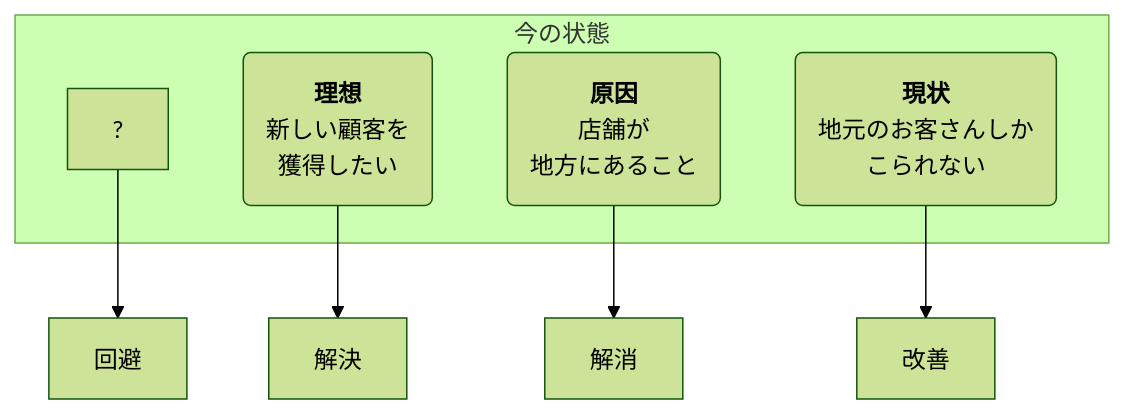
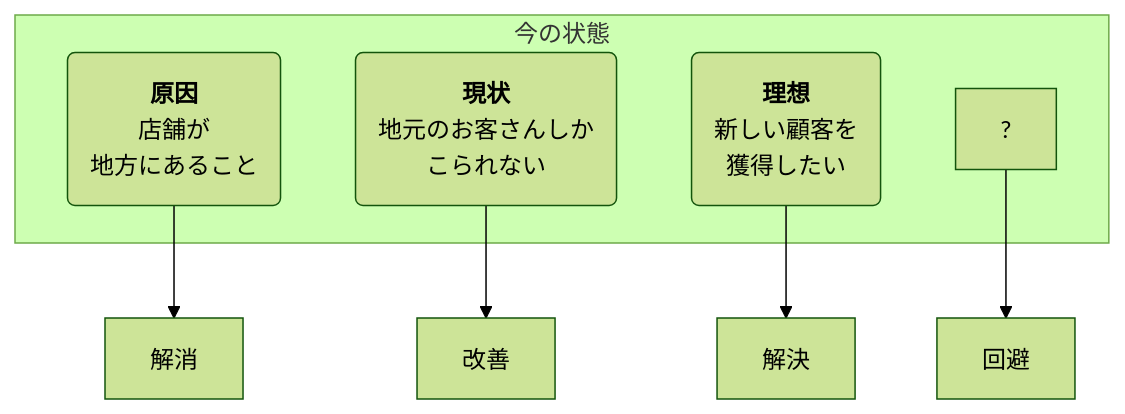
Before and after one commit to JunSasaki0077/obsidian: the third of 4 diagrams in 読書/発想の回路.md, drawn with Mermaid (forest theme). The commit also changed other lines of this file, not shown here.

````diff
--- a/読書/発想の回路.md
+++ b/読書/発想の回路.md
@@ -77,20 +77,20 @@
 ```mermaid
  graph TD
-    ?-->回避;
-    a-->解決;
     c-->解消;
     b-->改善;
+    a-->解決;
+    ?-->回避;
     subgraph ide1 [今の状態]
     b("`**現状**
     地元のお客さんしか
     こられない`");
     c("`**原因**
     店舗が
     地方にあること`");
     a("`**理想**
     新しい顧客を
     獲得したい`");
     ?;
     end
 
 ```
````
